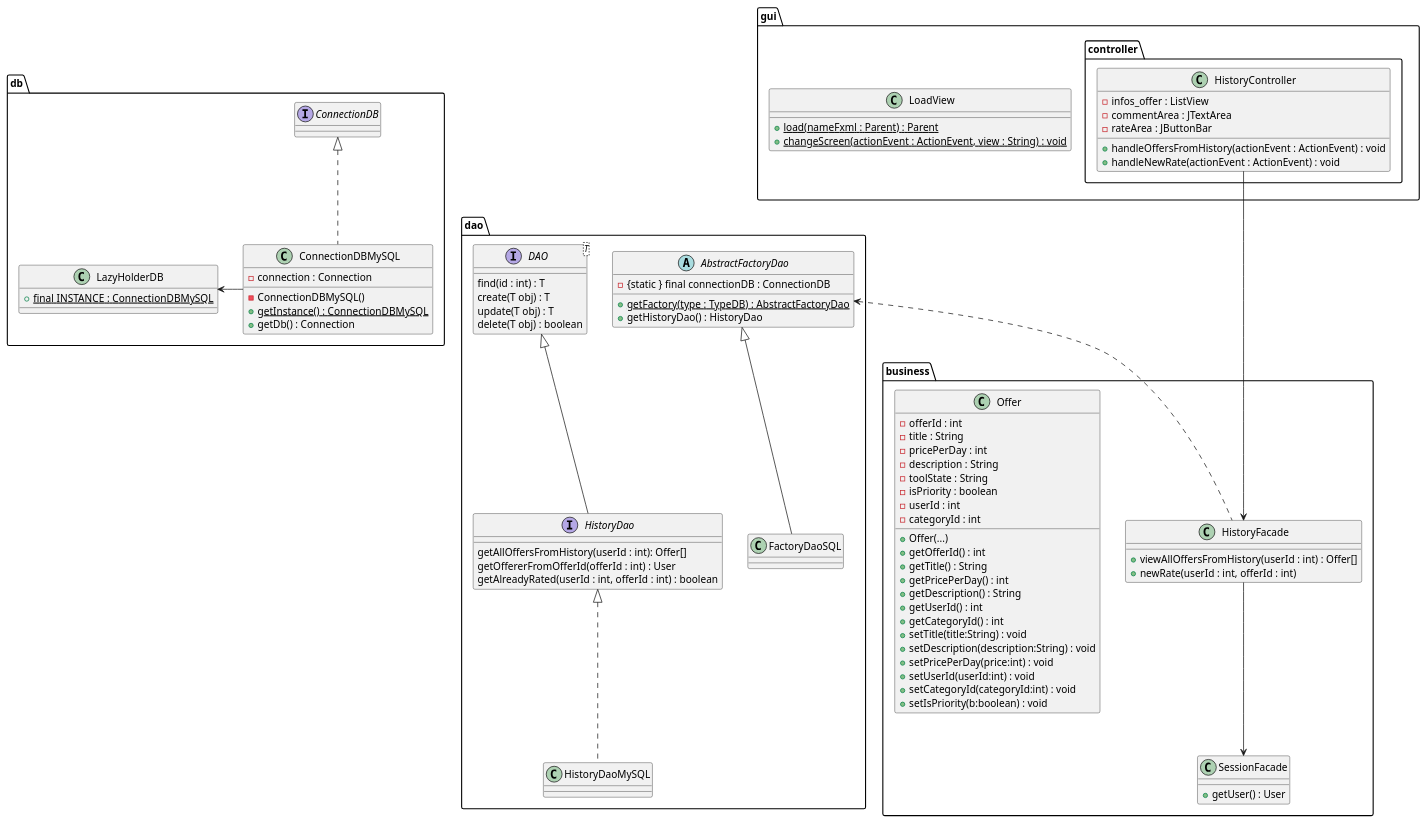
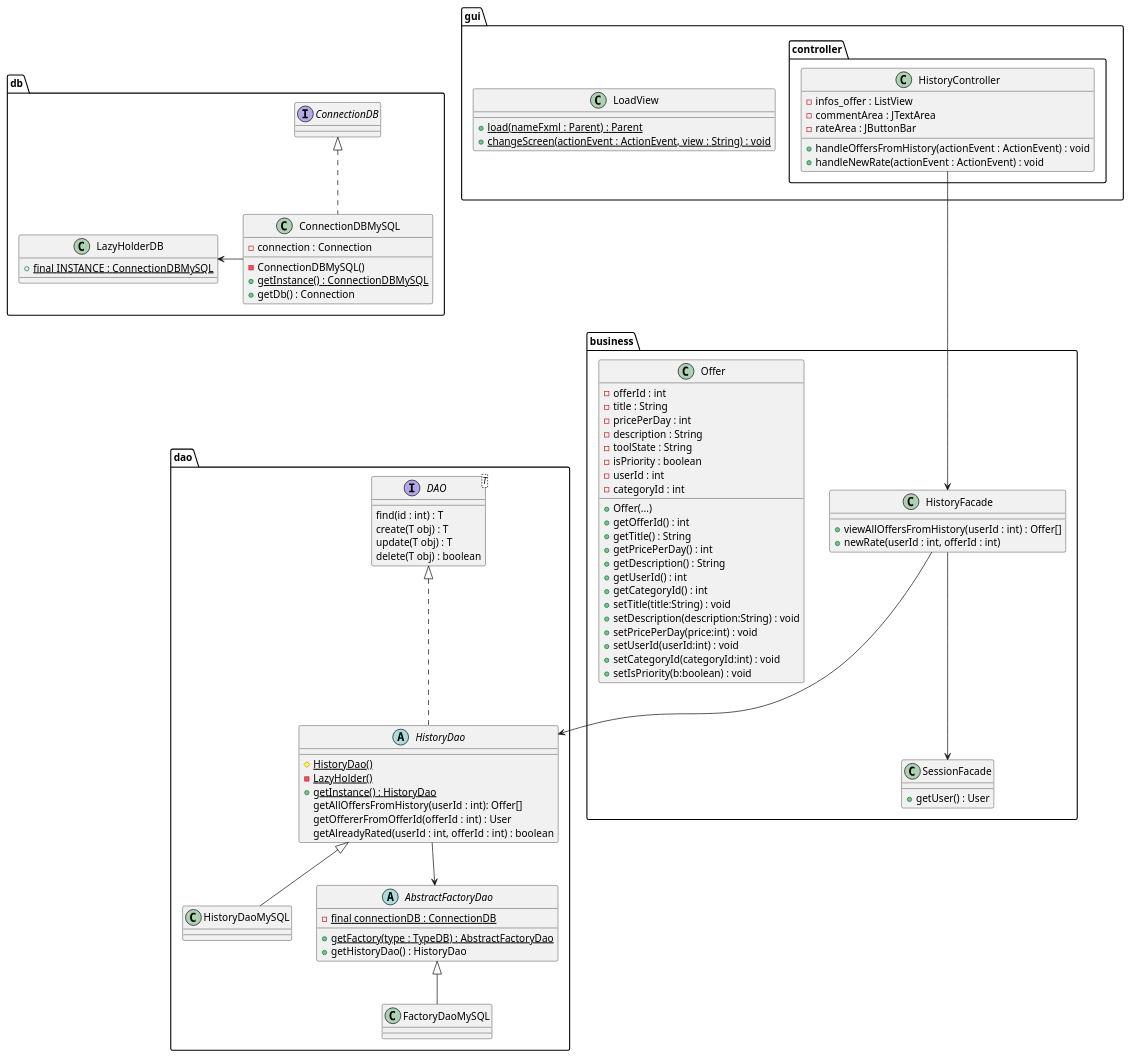
One commit to LaunoisRemy/ToolShare changed the diagram in documents/diagram/history/historyClass.puml. Above: the diagram before and after it, drawn with PlantUML. The commit also changed 3 other files, not shown here.

Commit message:
UPDATE : reduce coupling in reservation & history diagrams

```diff
--- a/documents/diagram/history/historyClass.puml
+++ b/documents/diagram/history/historyClass.puml
@@ -1,110 +1,114 @@
 @startuml
 
 package dao {
 
 
-    interface HistoryDao{
+    abstract class HistoryDao{
+        # {static} HistoryDao()
+        - {static} LazyHolder()
+        + {static} getInstance() : HistoryDao
         getAllOffersFromHistory(userId : int): Offer[]
         getOffererFromOfferId(offerId : int) : User
         getAlreadyRated(userId : int, offerId : int) : boolean
     }
     class HistoryDaoMySQL
-    AbstractFactoryDao <|-- FactoryDaoSQL
-    HistoryDao <|.. HistoryDaoMySQL
+    AbstractFactoryDao <|-- FactoryDaoMySQL
+    HistoryDao <|-- HistoryDaoMySQL
 
     interface DAO<T>{
         find(id : int) : T
         create(T obj) : T
         update(T obj) : T
         delete(T obj) : boolean
     }
 
     abstract AbstractFactoryDao{
-        - {static } final connectionDB : ConnectionDB
+        - {static} final connectionDB : ConnectionDB
         + {static} getFactory(type : TypeDB) : AbstractFactoryDao
         + getHistoryDao() : HistoryDao
     }
 
-    class FactoryDaoSQL{
+    class FactoryDaoMySQL{
     }
 
 
-    DAO <|-- HistoryDao
+    DAO <|.. HistoryDao
 }
 package db{
     class ConnectionDBMySQL{
         - connection : Connection
         - ConnectionDBMySQL()
         + {static} getInstance() : ConnectionDBMySQL
         + getDb() : Connection
     }
 
     class LazyHolderDB{
         + {static} final INSTANCE : ConnectionDBMySQL
     }
     interface ConnectionDB
     ConnectionDBMySQL -Left-> LazyHolderDB
     ConnectionDBMySQL .up.|> ConnectionDB
 
 }
 package business{
     class SessionFacade{
             + getUser() : User
         }
 
     class HistoryFacade{
         + viewAllOffersFromHistory(userId : int) : Offer[]
         + newRate(userId : int, offerId : int)
     }
 
     class Offer{
         -offerId : int
         -title : String
         -pricePerDay : int
         -description : String
         -toolState : String
         -isPriority : boolean
         -userId : int
         -categoryId : int
         + Offer(...)
         + getOfferId() : int
         + getTitle() : String
         + getPricePerDay() : int
         + getDescription() : String
         + getUserId() : int
         + getCategoryId() : int
         + setTitle(title:String) : void
         + setDescription(description:String) : void
         + setPricePerDay(price:int) : void
         + setUserId(userId:int) : void
         + setCategoryId(categoryId:int) : void
         + setIsPriority(b:boolean) : void
     }
     HistoryFacade --> SessionFacade
 
 }
 
 package gui{
 
     class LoadView{
         + {static} load(nameFxml : Parent) : Parent
         + {static} changeScreen(actionEvent : ActionEvent, view : String) : void
     }
 
     package controller{
         class HistoryController{
             - infos_offer : ListView
             - commentArea : JTextArea
             - rateArea : JButtonBar
             + handleOffersFromHistory(actionEvent : ActionEvent) : void
             + handleNewRate(actionEvent : ActionEvent) : void
 
         }
     }
 }
 HistoryFacade <--Up- HistoryController
-HistoryFacade .Up.> AbstractFactoryDao
+HistoryDao --> AbstractFactoryDao
+HistoryFacade --> HistoryDao
 
 
 
 @enduml
```
